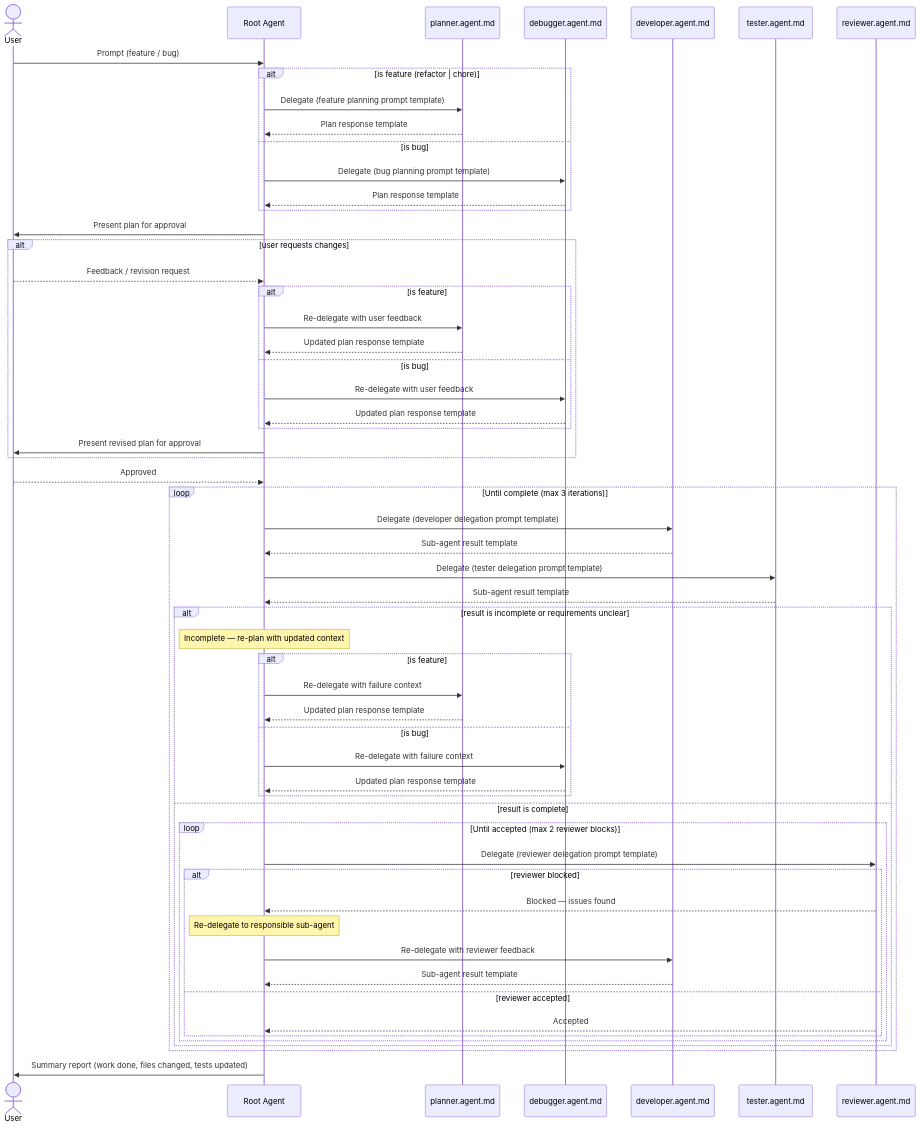
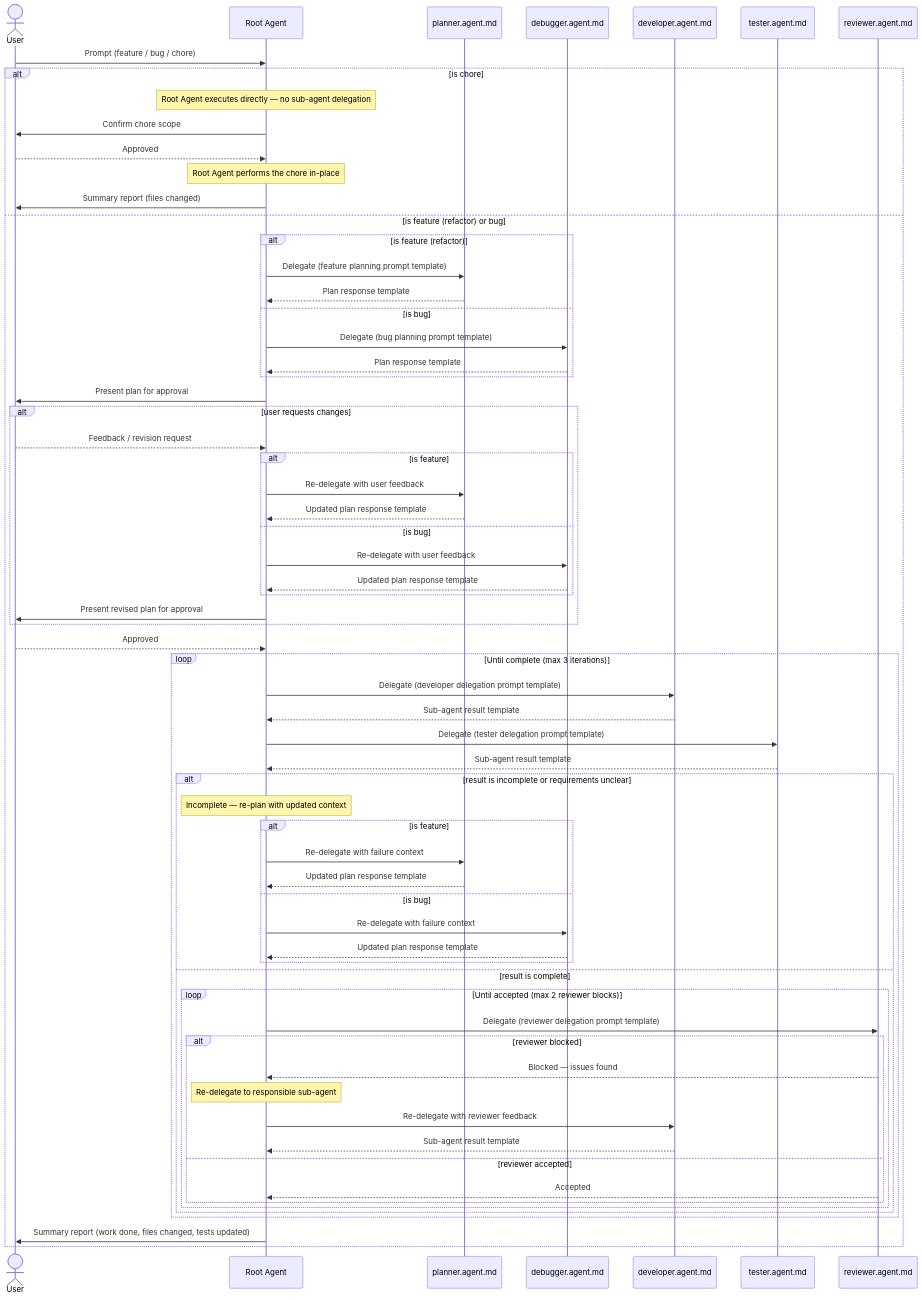
Before and after one commit to ngmthaq/ai-kit: the diagram in src/AGENT_WORKFLOW.md, drawn with Mermaid. The commit also changed other lines of this file and 12 other files, not shown here.

````diff
--- a/src/AGENT_WORKFLOW.md
+++ b/src/AGENT_WORKFLOW.md
@@ -13,67 +13,76 @@
 ```mermaid
 sequenceDiagram
     actor User
     participant Root as Root Agent
     participant Planner as planner.agent.md
     participant Debugger as debugger.agent.md
     participant Developer as developer.agent.md
     participant Tester as tester.agent.md
     participant Reviewer as reviewer.agent.md
 
-    User->>Root: Prompt (feature / bug)
+    User->>Root: Prompt (feature / bug / chore)
 
-    alt is feature (refactor | chore)
-        Root->>Planner: Delegate (feature planning prompt template)
-        Planner-->>Root: Plan response template
-    else is bug
-        Root->>Debugger: Delegate (bug planning prompt template)
-        Debugger-->>Root: Plan response template
-    end
+    alt is chore
+        Note over Root: Root Agent executes directly — no sub-agent delegation
+        Root->>User: Confirm chore scope
+        User-->>Root: Approved
+        Note over Root: Root Agent performs the chore in-place
+        Root->>User: Summary report (files changed)
 
-    Root->>User: Present plan for approval
-    alt user requests changes
-        User-->>Root: Feedback / revision request
-        alt is feature
-            Root->>Planner: Re-delegate with user feedback
-            Planner-->>Root: Updated plan response template
+    else is feature (refactor) or bug
+        alt is feature (refactor)
+            Root->>Planner: Delegate (feature planning prompt template)
+            Planner-->>Root: Plan response template
         else is bug
-            Root->>Debugger: Re-delegate with user feedback
-            Debugger-->>Root: Updated plan response template
+            Root->>Debugger: Delegate (bug planning prompt template)
+            Debugger-->>Root: Plan response template
         end
-        Root->>User: Present revised plan for approval
-    end
-    User-->>Root: Approved
 
-    loop Until complete (max 3 iterations)
-        Root->>Developer: Delegate (developer delegation prompt template)
-        Developer-->>Root: Sub-agent result template
-
-        Root->>Tester: Delegate (tester delegation prompt template)
-        Tester-->>Root: Sub-agent result template
-
-        alt result is incomplete or requirements unclear
-            Note over Root: Incomplete — re-plan with updated context
+        Root->>User: Present plan for approval
+        alt user requests changes
+            User-->>Root: Feedback / revision request
             alt is feature
-                Root->>Planner: Re-delegate with failure context
+                Root->>Planner: Re-delegate with user feedback
                 Planner-->>Root: Updated plan response template
             else is bug
-                Root->>Debugger: Re-delegate with failure context
+                Root->>Debugger: Re-delegate with user feedback
                 Debugger-->>Root: Updated plan response template
             end
-        else result is complete
-            loop Until accepted (max 2 reviewer blocks)
-                Root->>Reviewer: Delegate (reviewer delegation prompt template)
-                alt reviewer blocked
-                    Reviewer-->>Root: Blocked — issues found
-                    Note over Root: Re-delegate to responsible sub-agent
-                    Root->>Developer: Re-delegate with reviewer feedback
-                    Developer-->>Root: Sub-agent result template
-                else reviewer accepted
-                    Reviewer-->>Root: Accepted
+            Root->>User: Present revised plan for approval
+        end
+        User-->>Root: Approved
+
+        loop Until complete (max 3 iterations)
+            Root->>Developer: Delegate (developer delegation prompt template)
+            Developer-->>Root: Sub-agent result template
+
+            Root->>Tester: Delegate (tester delegation prompt template)
+            Tester-->>Root: Sub-agent result template
+
+            alt result is incomplete or requirements unclear
+                Note over Root: Incomplete — re-plan with updated context
+                alt is feature
+                    Root->>Planner: Re-delegate with failure context
+                    Planner-->>Root: Updated plan response template
+                else is bug
+                    Root->>Debugger: Re-delegate with failure context
+                    Debugger-->>Root: Updated plan response template
+                end
+            else result is complete
+                loop Until accepted (max 2 reviewer blocks)
+                    Root->>Reviewer: Delegate (reviewer delegation prompt template)
+                    alt reviewer blocked
+                        Reviewer-->>Root: Blocked — issues found
+                        Note over Root: Re-delegate to responsible sub-agent
+                        Root->>Developer: Re-delegate with reviewer feedback
+                        Developer-->>Root: Sub-agent result template
+                    else reviewer accepted
+                        Reviewer-->>Root: Accepted
+                    end
                 end
             end
         end
+
+        Root->>User: Summary report (work done, files changed, tests updated)
     end
-
-    Root->>User: Summary report (work done, files changed, tests updated)
 ```
````
